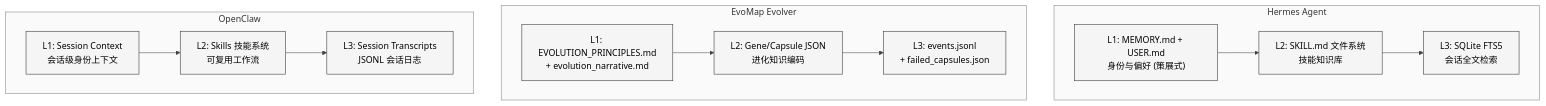
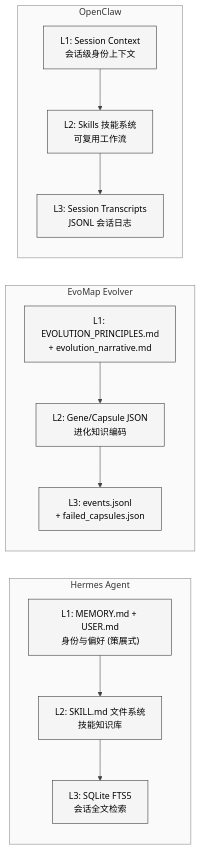
Before and after one commit to xiaonancs/hermes-agent-study: the first of 4 diagrams in Part III 同源项目对比分析/31-记忆系统三方对比.md, drawn with Mermaid. The commit also changed other lines of this file and 32 other files, not shown here.

First line of the commit message:
Mermaid 图表修复：白色背景板 + 长宽比优化

````diff
--- a/Part III 同源项目对比分析/31-记忆系统三方对比.md
+++ b/Part III 同源项目对比分析/31-记忆系统三方对比.md
@@ -15,27 +15,24 @@
 ```mermaid
 %%{init: {'theme': 'neutral', 'themeVariables': {'background': '#ffffff', 'primaryColor': '#f5f5f5', 'primaryTextColor': '#000000', 'primaryBorderColor': '#333333', 'lineColor': '#444444', 'textColor': '#000000', 'mainBkg': '#f5f5f5', 'nodeBorder': '#333333', 'clusterBkg': '#fafafa', 'clusterBorder': '#888888', 'edgeLabelBackground': '#ffffff'}}}%%
-graph TB
+graph LR
     subgraph Hermes["Hermes Agent"]
         H_L1["L1: MEMORY.md + USER.md<br/>身份与偏好 (策展式)"]
         H_L2["L2: SKILL.md 文件系统<br/>技能知识库"]
         H_L3["L3: SQLite FTS5<br/>会话全文检索"]
-        H_L1 --> H_L2
-        H_L2 --> H_L3
+        H_L1 --> H_L2 --> H_L3
     end
 
     subgraph Evolver["EvoMap Evolver"]
         E_L1["L1: EVOLUTION_PRINCIPLES.md<br/>+ evolution_narrative.md"]
         E_L2["L2: Gene/Capsule JSON<br/>进化知识编码"]
         E_L3["L3: events.jsonl<br/>+ failed_capsules.json"]
-        E_L1 --> E_L2
-        E_L2 --> E_L3
+        E_L1 --> E_L2 --> E_L3
     end
 
     subgraph OpenClaw["OpenClaw"]
         O_L1["L1: Session Context<br/>会话级身份上下文"]
         O_L2["L2: Skills 技能系统<br/>可复用工作流"]
         O_L3["L3: Session Transcripts<br/>JSONL 会话日志"]
-        O_L1 --> O_L2
-        O_L2 --> O_L3
+        O_L1 --> O_L2 --> O_L3
     end
 ```
````
